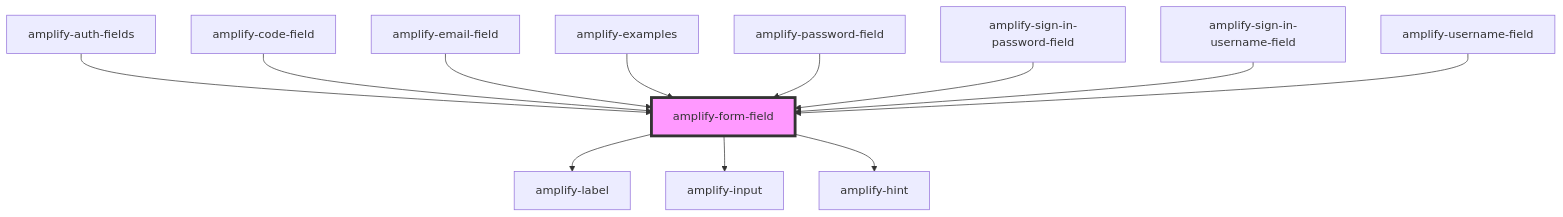
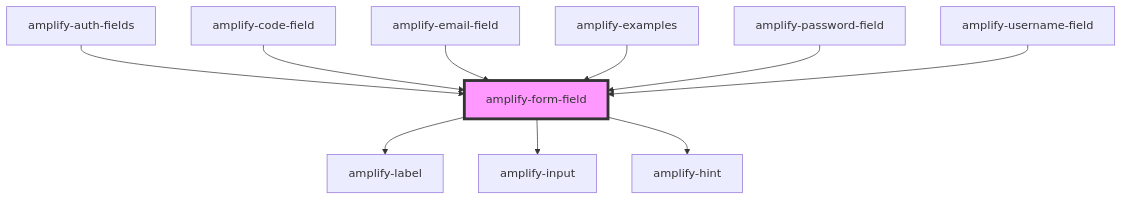
The diagram in packages/amplify-ui-components/src/components/amplify-form-field/readme.md (aws-amplify/amplify-js), drawn with Mermaid before and after one commit. The commit also changed other lines of this file and 7 other files, not shown here.

````diff
--- a/packages/amplify-ui-components/src/components/amplify-form-field/readme.md
+++ b/packages/amplify-ui-components/src/components/amplify-form-field/readme.md
@@ -43,15 +41,13 @@
 ```mermaid
 graph TD;
   amplify-form-field --> amplify-label
   amplify-form-field --> amplify-input
   amplify-form-field --> amplify-hint
   amplify-auth-fields --> amplify-form-field
   amplify-code-field --> amplify-form-field
   amplify-email-field --> amplify-form-field
   amplify-examples --> amplify-form-field
   amplify-password-field --> amplify-form-field
-  amplify-sign-in-password-field --> amplify-form-field
-  amplify-sign-in-username-field --> amplify-form-field
   amplify-username-field --> amplify-form-field
   style amplify-form-field fill:#f9f,stroke:#333,stroke-width:4px
 ```
````
